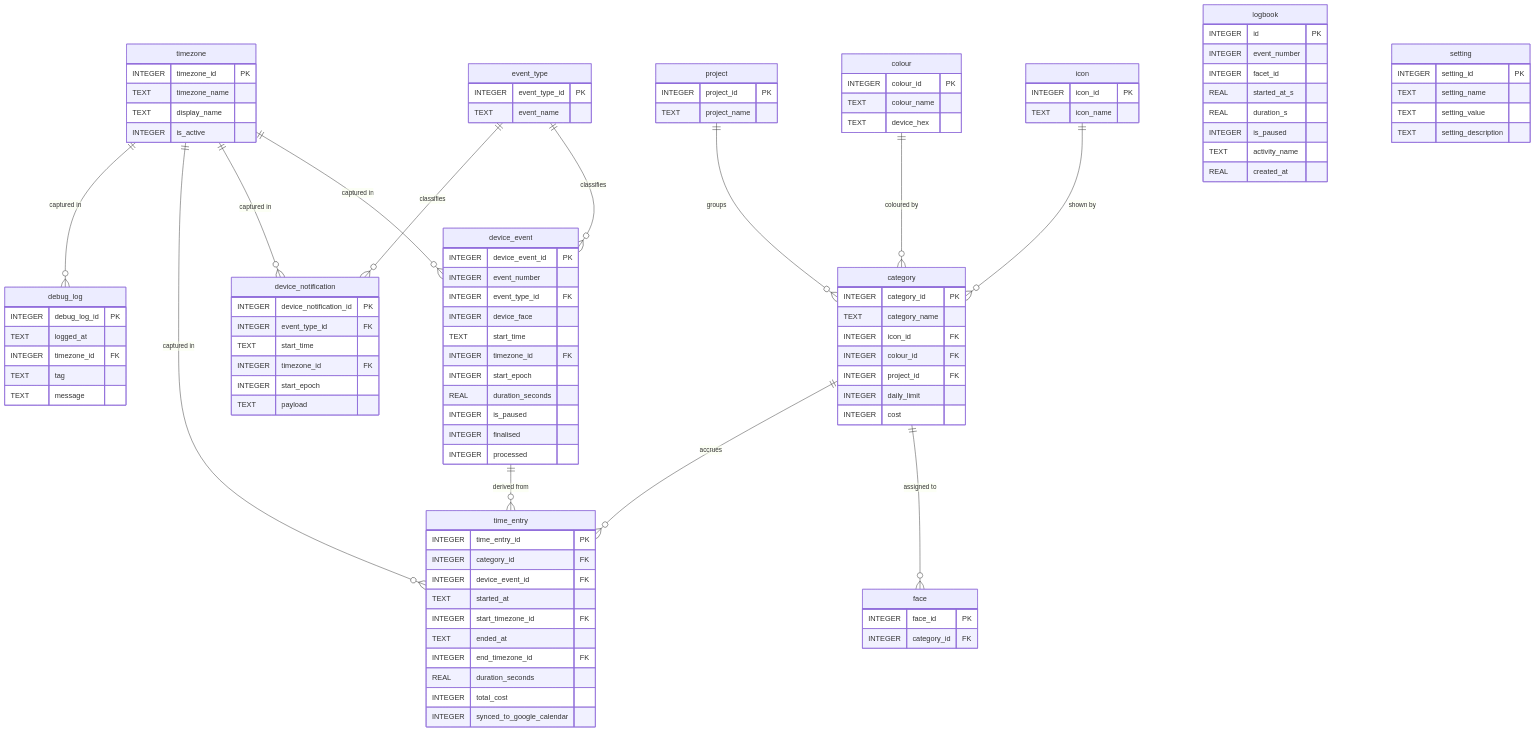
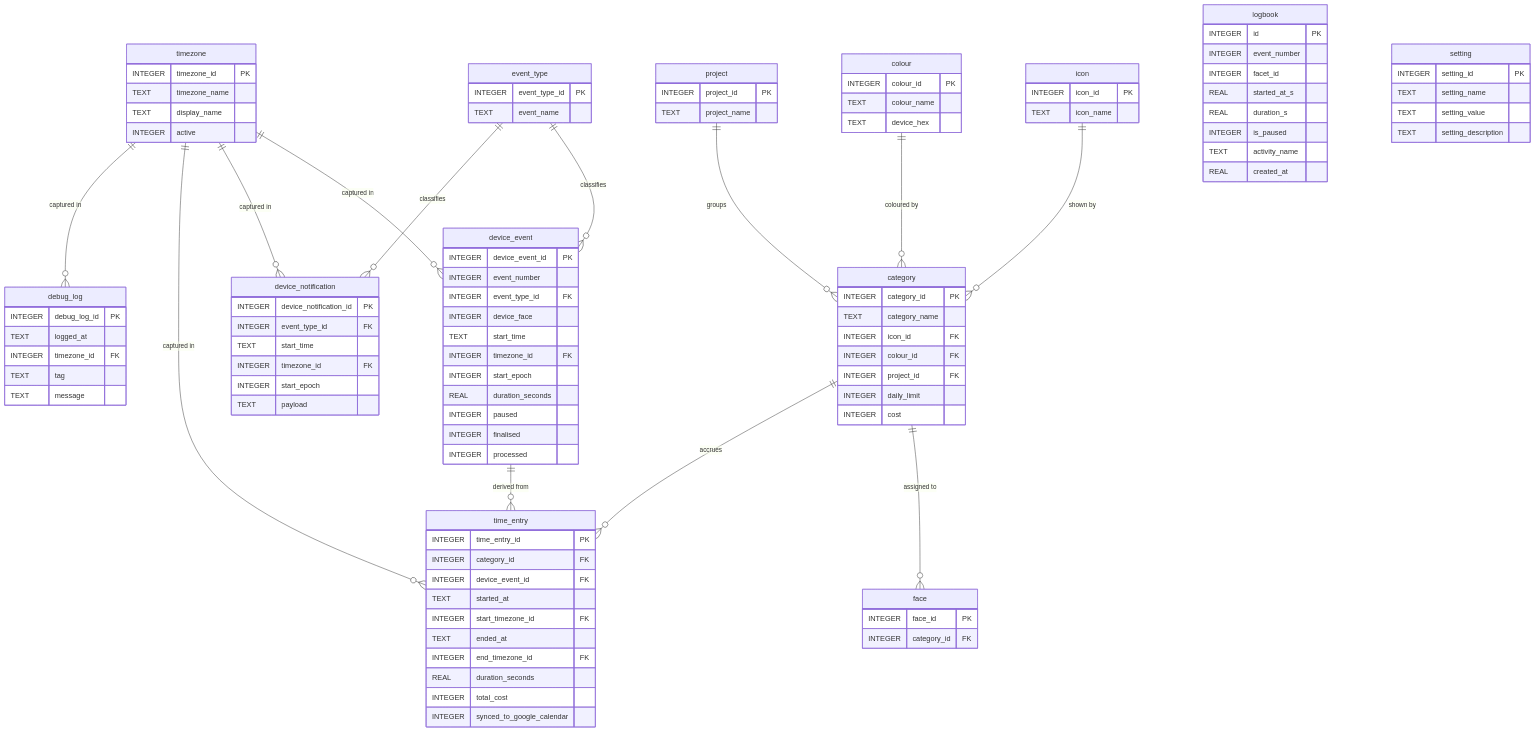
Before and after one commit to tuxcomputers/TimeFlipApp: the diagram in database/ER-diagram.md, drawn with Mermaid. The commit also changed 13 other files, not shown here.

````diff
--- a/database/ER-diagram.md
+++ b/database/ER-diagram.md
@@ -50,7 +50,7 @@
         INTEGER timezone_id FK
         INTEGER start_epoch
         REAL    duration_seconds
-        INTEGER is_paused
+        INTEGER paused
         INTEGER finalised
         INTEGER processed
     }
@@ -138,6 +138,6 @@
         INTEGER timezone_id PK
         TEXT    timezone_name
         TEXT    display_name
-        INTEGER is_active
+        INTEGER active
     }
 ```
````
